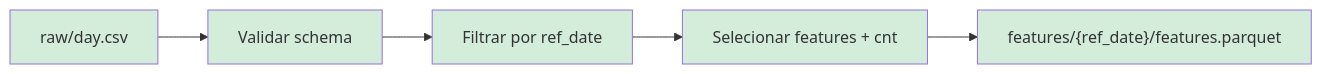
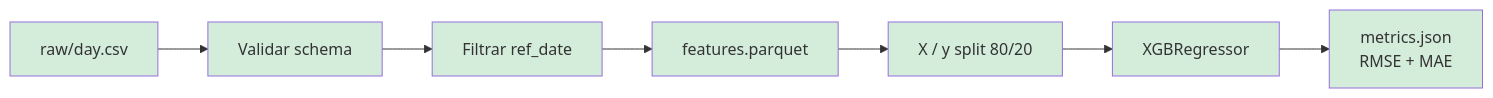
Before and after one commit to welligtoncos/bike-sharing-forecast-aws: the second of 2 diagrams in README.md, drawn with Mermaid. The commit also changed other lines of this file, not shown here.

````diff
--- a/README.md
+++ b/README.md
@@ -89,13 +98,17 @@
 ```mermaid
 flowchart LR
     A["raw/day.csv"] --> B["Validar schema"]
-    B --> C["Filtrar por ref_date"]
-    C --> D["Selecionar features + cnt"]
-    D --> E["features/{ref_date}/features.parquet"]
+    B --> C["Filtrar ref_date"]
+    C --> D["features.parquet"]
+    D --> E["X / y split 80/20"]
+    E --> F["XGBRegressor"]
+    F --> G["metrics.json<br/>RMSE + MAE"]
 
     style A fill:#d4edda
     style B fill:#d4edda
     style C fill:#d4edda
     style D fill:#d4edda
     style E fill:#d4edda
+    style F fill:#d4edda
+    style G fill:#d4edda
 ```
````
